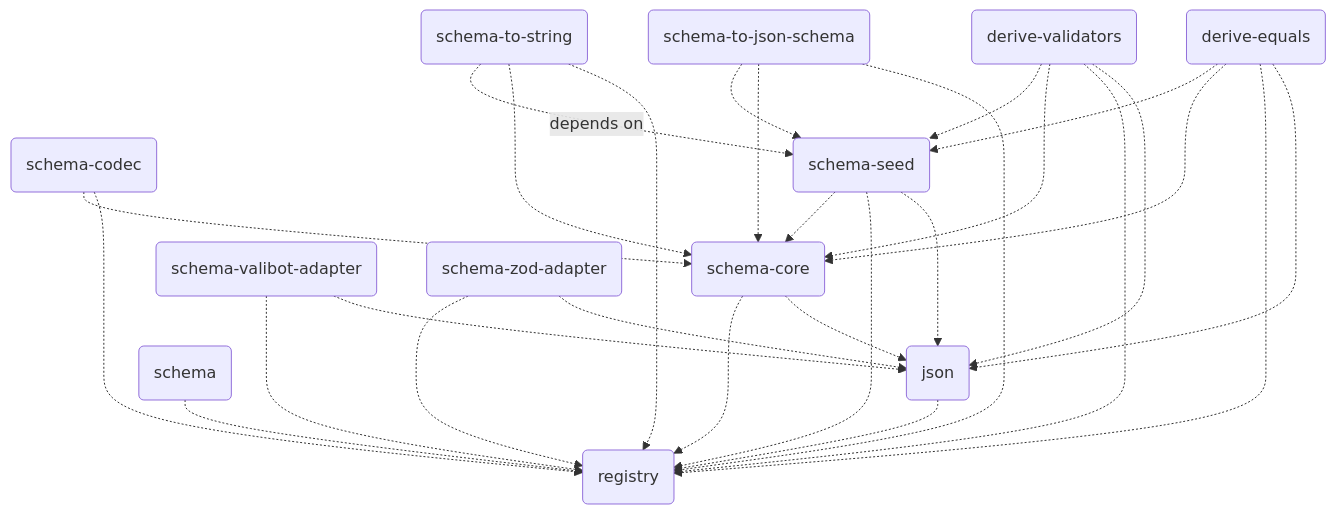
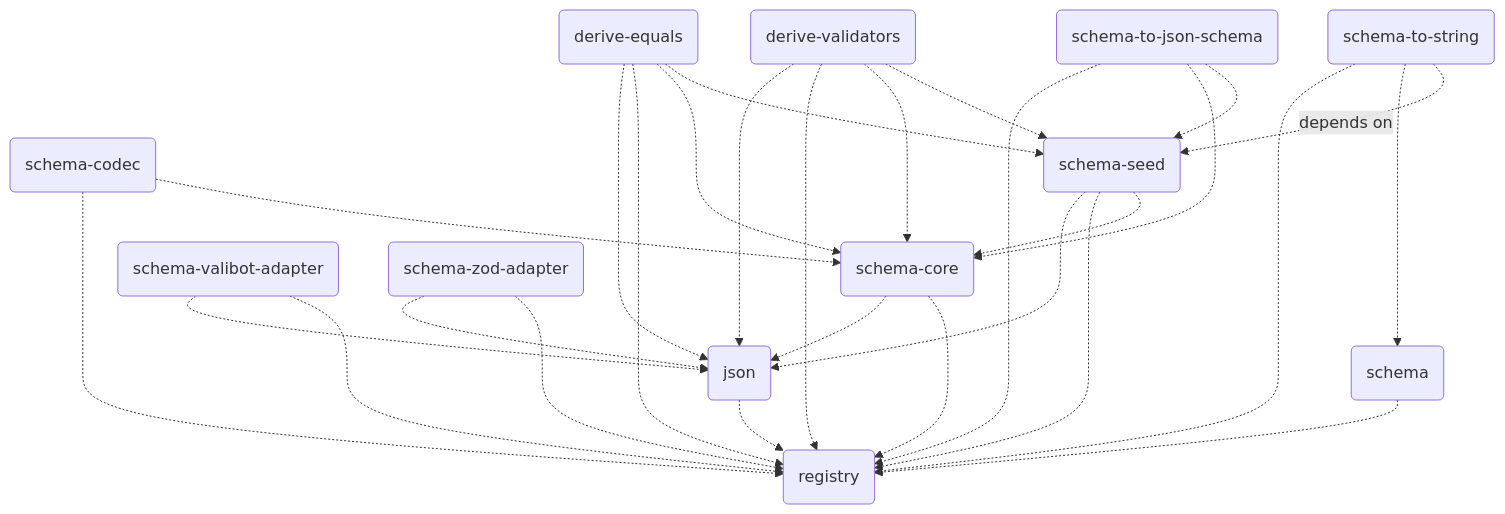
Before and after one commit to traversable/schema: the diagram in README.md, drawn with Mermaid. The commit also changed 24 other files, not shown here.

Commit message:
feat(schema-to-string): separates `toString` functionality into separate package

````diff
--- a/README.md
+++ b/README.md
@@ -168,31 +168,31 @@
 ```mermaid
 flowchart TD
     registry(registry)
     json(json) -.-> registry(registry)
     schema(schema) -.-> registry(registry)
     schema-core(schema-core) -.-> json(json)
     schema-core(schema-core) -.-> registry(registry)
     schema-valibot-adapter(schema-valibot-adapter) -.-> json(json)
     schema-valibot-adapter(schema-valibot-adapter) -.-> registry(registry)
     schema-zod-adapter(schema-zod-adapter) -.-> json(json)
     schema-zod-adapter(schema-zod-adapter) -.-> registry(registry)
     schema-codec(schema-codec) -.-> registry(registry)
     schema-codec(schema-codec) -.-> schema-core(schema-core)
     schema-seed(schema-seed) -.-> json(json)
     schema-seed(schema-seed) -.-> registry(registry)
     schema-seed(schema-seed) -.-> schema-core(schema-core)
     derive-equals(derive-equals) -.-> json(json)
     derive-equals(derive-equals) -.-> registry(registry)
     derive-equals(derive-equals) -.-> schema-core(schema-core)
     derive-equals(derive-equals) -.-> schema-seed(schema-seed)
     derive-validators(derive-validators) -.-> json(json)
     derive-validators(derive-validators) -.-> registry(registry)
     derive-validators(derive-validators) -.-> schema-core(schema-core)
     derive-validators(derive-validators) -.-> schema-seed(schema-seed)
     schema-to-json-schema(schema-to-json-schema) -.-> registry(registry)
     schema-to-json-schema(schema-to-json-schema) -.-> schema-core(schema-core)
     schema-to-json-schema(schema-to-json-schema) -.-> schema-seed(schema-seed)
     schema-to-string(schema-to-string) -.-> registry(registry)
-    schema-to-string(schema-to-string) -.-> schema-core(schema-core)
+    schema-to-string(schema-to-string) -.-> schema(schema)
     schema-to-string(schema-to-string) -.depends on.-> schema-seed(schema-seed)
 ```
````
